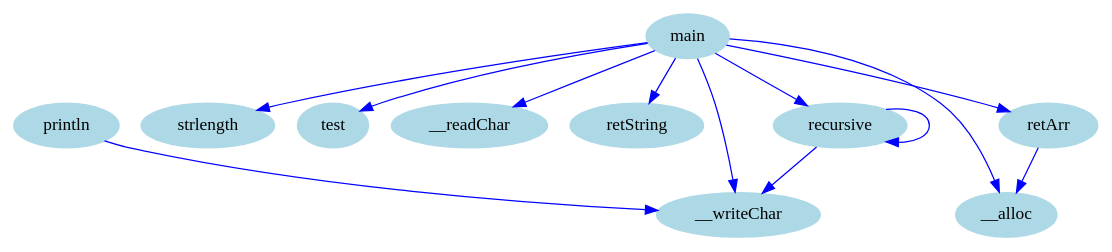
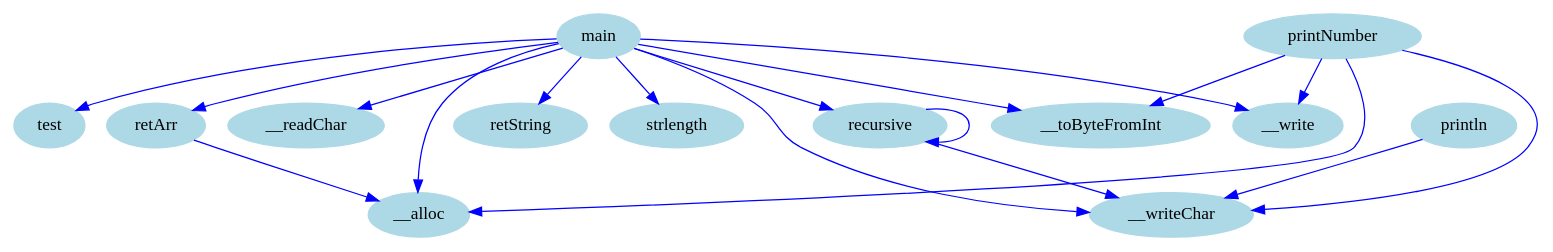
One commit to zavar152-cv/myLang-oop-compiler changed the diagram in outputs/cfg/cg.dot. Above: the diagram before and after it, drawn with Graphviz. The commit also changed 12 other files, not shown here.

```diff
--- a/outputs/cfg/cg.dot
+++ b/outputs/cfg/cg.dot
@@ -1,27 +1,36 @@
 digraph CallGraph {
     node [shape=ellipse, style=filled, color=lightblue];
 
     "println";
     "strlength";
     "test";
     "__readChar";
     "retString";
     "main";
+    "__write";
+    "__toByteFromInt";
+    "printNumber";
     "__alloc";
     "retArr";
     "__writeChar";
     "recursive";
 
     "println" -> "__writeChar" [color=blue];
     "main" -> "strlength" [color=blue];
     "main" -> "recursive" [color=blue];
     "main" -> "retArr" [color=blue];
     "main" -> "__alloc" [color=blue];
+    "main" -> "__write" [color=blue];
+    "main" -> "__toByteFromInt" [color=blue];
     "main" -> "test" [color=blue];
     "main" -> "__readChar" [color=blue];
     "main" -> "retString" [color=blue];
     "main" -> "__writeChar" [color=blue];
+    "printNumber" -> "__alloc" [color=blue];
+    "printNumber" -> "__writeChar" [color=blue];
+    "printNumber" -> "__write" [color=blue];
+    "printNumber" -> "__toByteFromInt" [color=blue];
     "retArr" -> "__alloc" [color=blue];
     "recursive" -> "recursive" [color=blue];
     "recursive" -> "__writeChar" [color=blue];
 }
```
